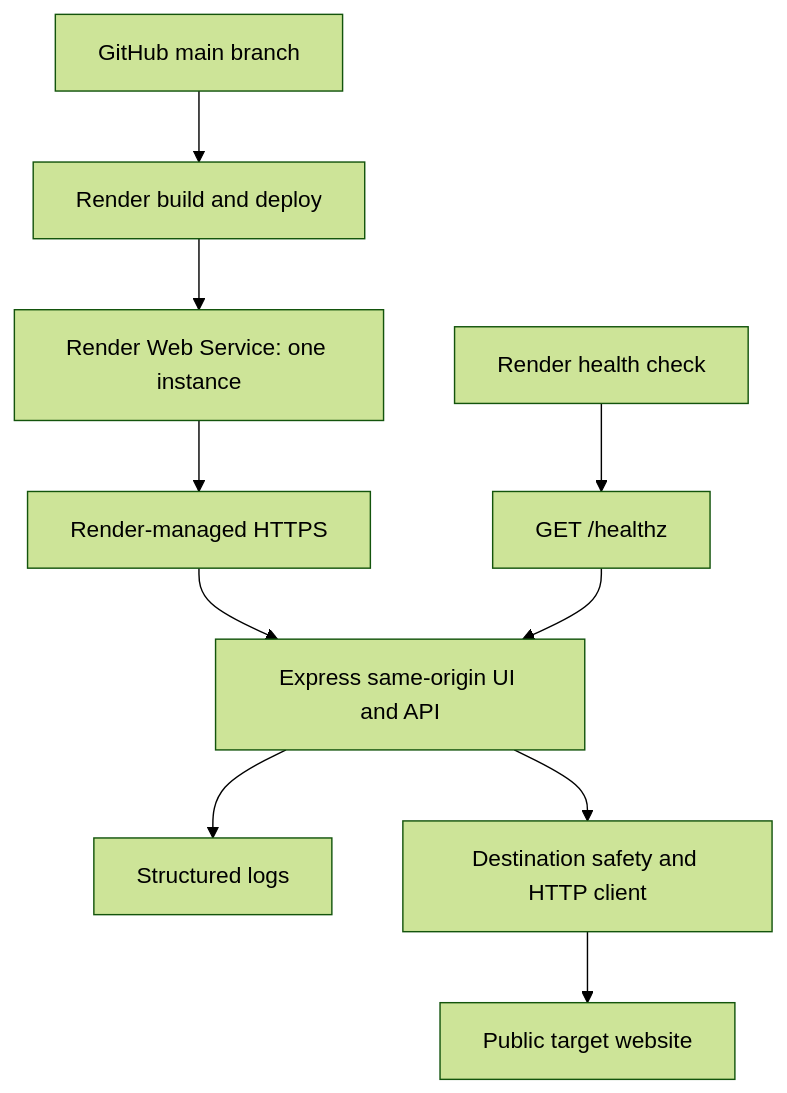
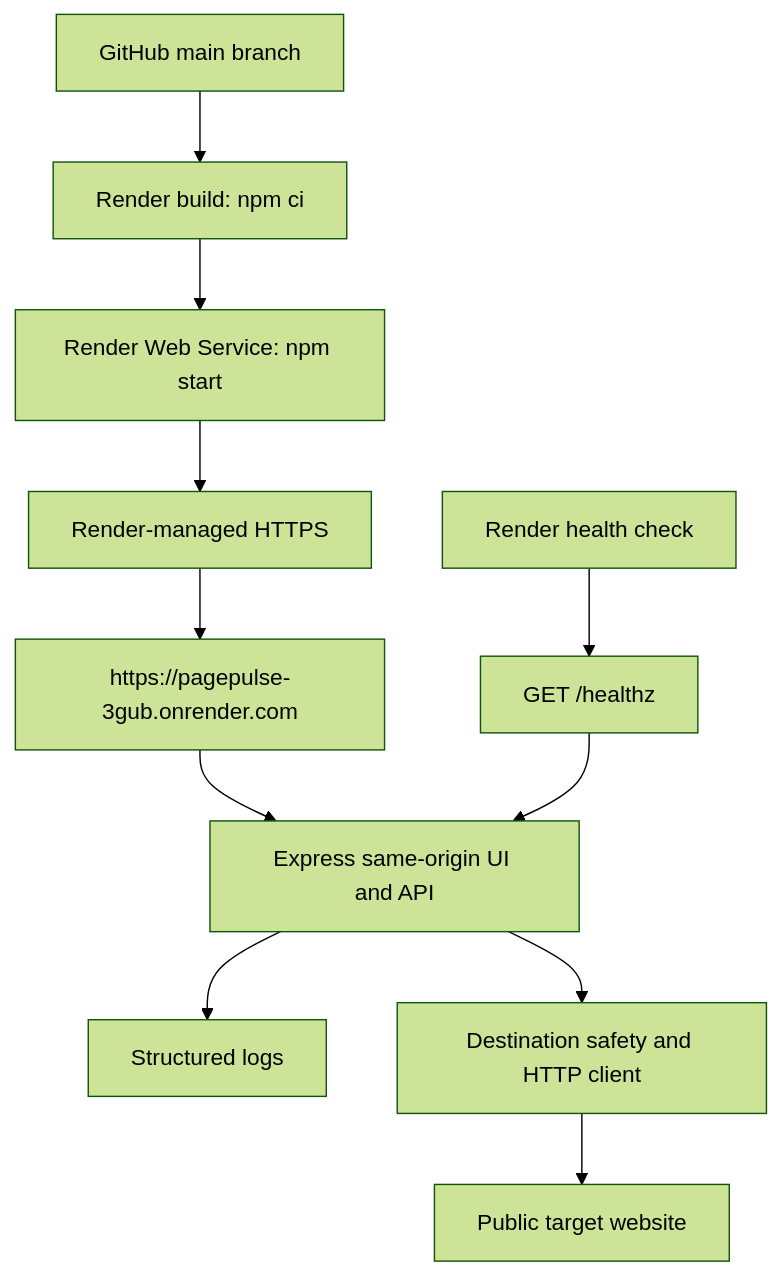
The diagram in docs/diagrams/deployment-flow.mmd (shivaydwivedi/PagePulse), drawn with Mermaid (forest theme) before and after one commit. The commit also changed 22 other files, not shown here.

```diff
--- a/docs/diagrams/deployment-flow.mmd
+++ b/docs/diagrams/deployment-flow.mmd
@@ -1,10 +1,11 @@
 flowchart TD
-  GitHubMain["GitHub main branch"] --> RenderBuild["Render build and deploy"]
-  RenderBuild --> Service["Render Web Service: one instance"]
+  GitHubMain["GitHub main branch"] --> RenderBuild["Render build: npm ci"]
+  RenderBuild --> Service["Render Web Service: npm start"]
   Service --> HTTPS["Render-managed HTTPS"]
-  HTTPS --> Express["Express same-origin UI and API"]
+  HTTPS --> LiveURL["https://pagepulse-3gub.onrender.com"]
+  LiveURL --> Express["Express same-origin UI and API"]
   Probe["Render health check"] --> Health["GET /healthz"]
   Health --> Express
   Express --> Logs["Structured logs"]
   Express --> Safety["Destination safety and HTTP client"]
   Safety --> Target["Public target website"]
```
